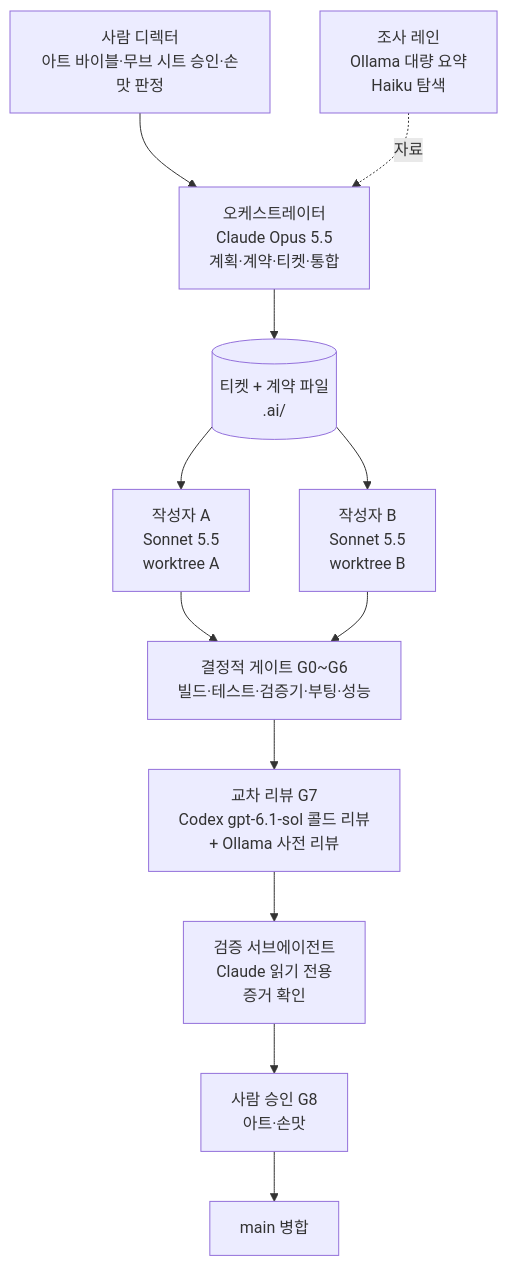
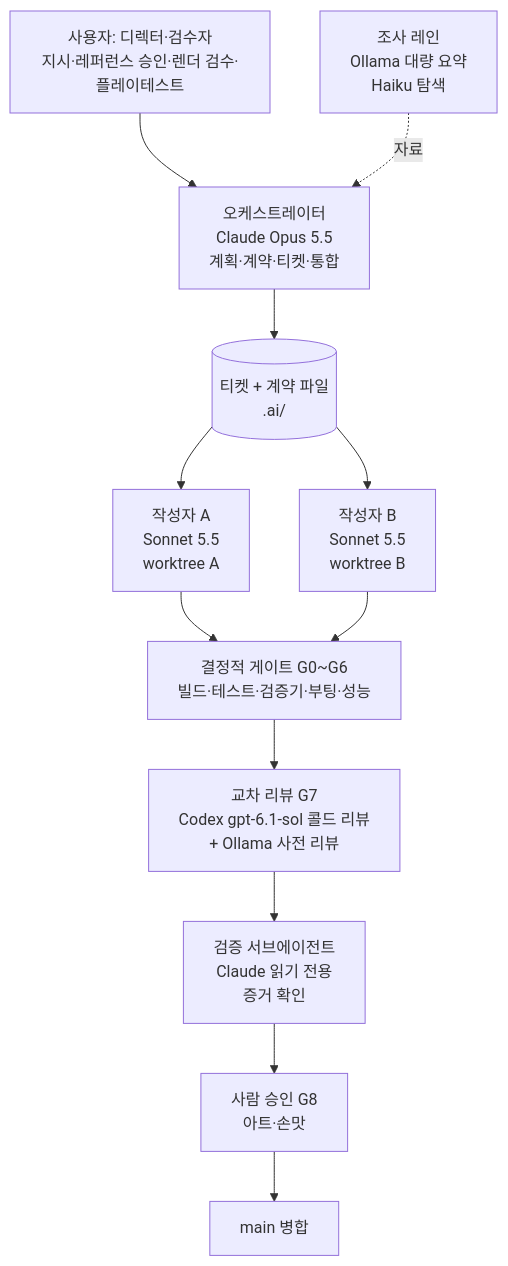
One commit to djdfhhseggyyugtgr/- changed the diagram in docs/pipeline/README.md. Above: the diagram before and after it, drawn with Mermaid. The commit also changed other lines of this file and 3 other files, not shown here.

````diff
--- a/docs/pipeline/README.md
+++ b/docs/pipeline/README.md
@@ -147,14 +147,14 @@
 ```mermaid
 flowchart TB
-  H[사람 디렉터<br/>아트 바이블·무브 시트 승인·손맛 판정] --> O
+  H[사용자: 디렉터·검수자<br/>지시·레퍼런스 승인·렌더 검수·플레이테스트] --> O
   O[오케스트레이터<br/>Claude Opus 5.5<br/>계획·계약·티켓·통합] --> T[(티켓 + 계약 파일<br/>.ai/)]
   T --> W1[작성자 A<br/>Sonnet 5.5<br/>worktree A]
   T --> W2[작성자 B<br/>Sonnet 5.5<br/>worktree B]
   R[조사 레인<br/>Ollama 대량 요약<br/>Haiku 탐색] -.자료.-> O
   W1 --> G[결정적 게이트 G0~G6<br/>빌드·테스트·검증기·부팅·성능]
   W2 --> G
   G --> X[교차 리뷰 G7<br/>Codex gpt-6.1-sol 콜드 리뷰<br/>+ Ollama 사전 리뷰]
   X --> V[검증 서브에이전트<br/>Claude 읽기 전용<br/>증거 확인]
   V --> H2[사람 승인 G8<br/>아트·손맛]
   H2 --> M[main 병합]
 ```
````
